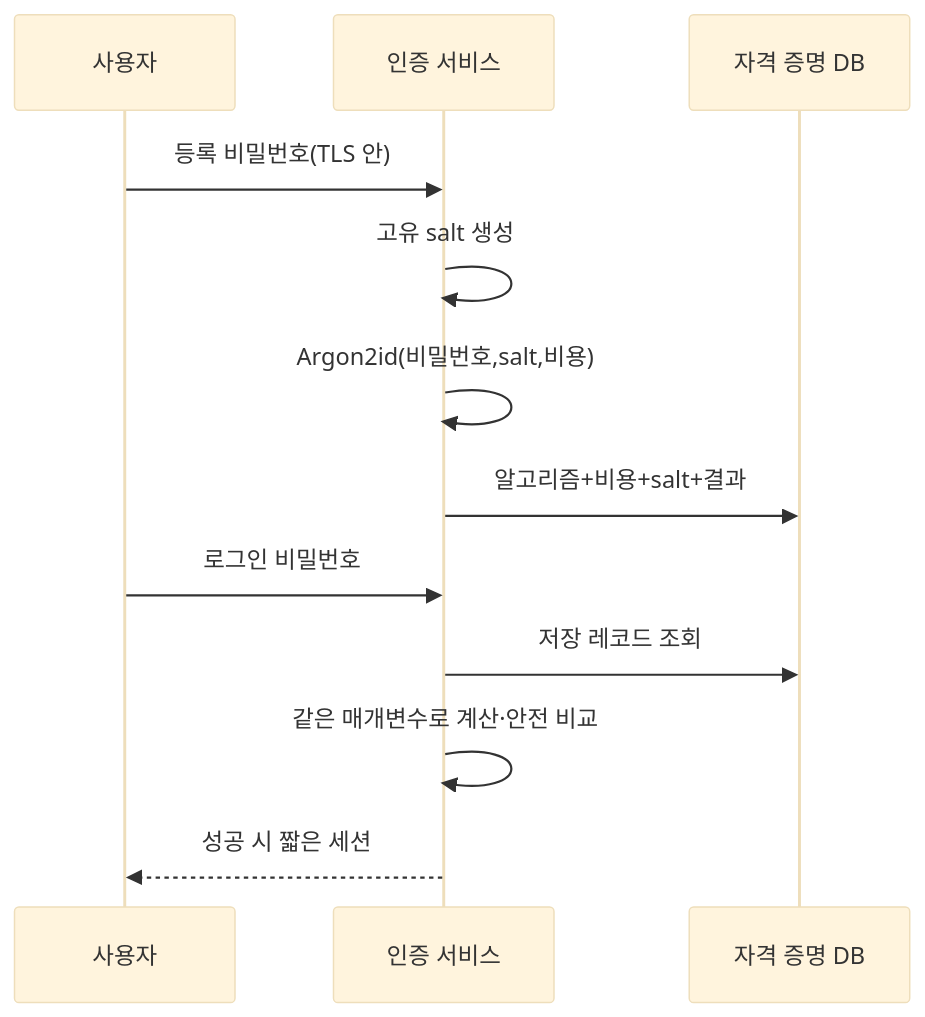
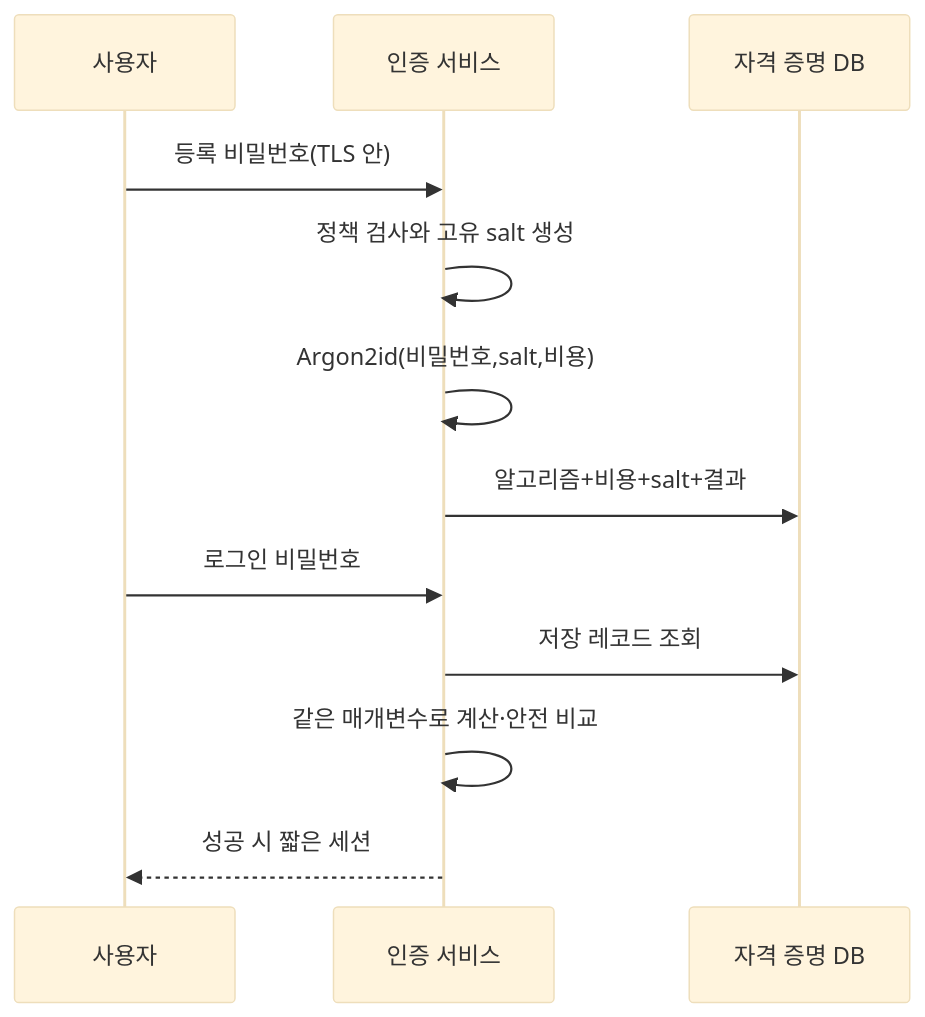
Before and after one commit to mj006648/netai-devsecops-runbook: the diagram in learning/security-cryptography/06-password-storage-and-secret-management.md, drawn with Mermaid (base theme). The commit also changed other lines of this file and 55 other files, not shown here.

````diff
--- a/learning/security-cryptography/06-password-storage-and-secret-management.md
+++ b/learning/security-cryptography/06-password-storage-and-secret-management.md
@@ -41,14 +75,14 @@
 ```mermaid
 sequenceDiagram
     participant U as 사용자
     participant A as 인증 서비스
     participant D as 자격 증명 DB
     U->>A: 등록 비밀번호(TLS 안)
-    A->>A: 고유 salt 생성
+    A->>A: 정책 검사와 고유 salt 생성
     A->>A: Argon2id(비밀번호,salt,비용)
     A->>D: 알고리즘+비용+salt+결과
     U->>A: 로그인 비밀번호
     A->>D: 저장 레코드 조회
     A->>A: 같은 매개변수로 계산·안전 비교
     A-->>U: 성공 시 짧은 세션
 ```
````
